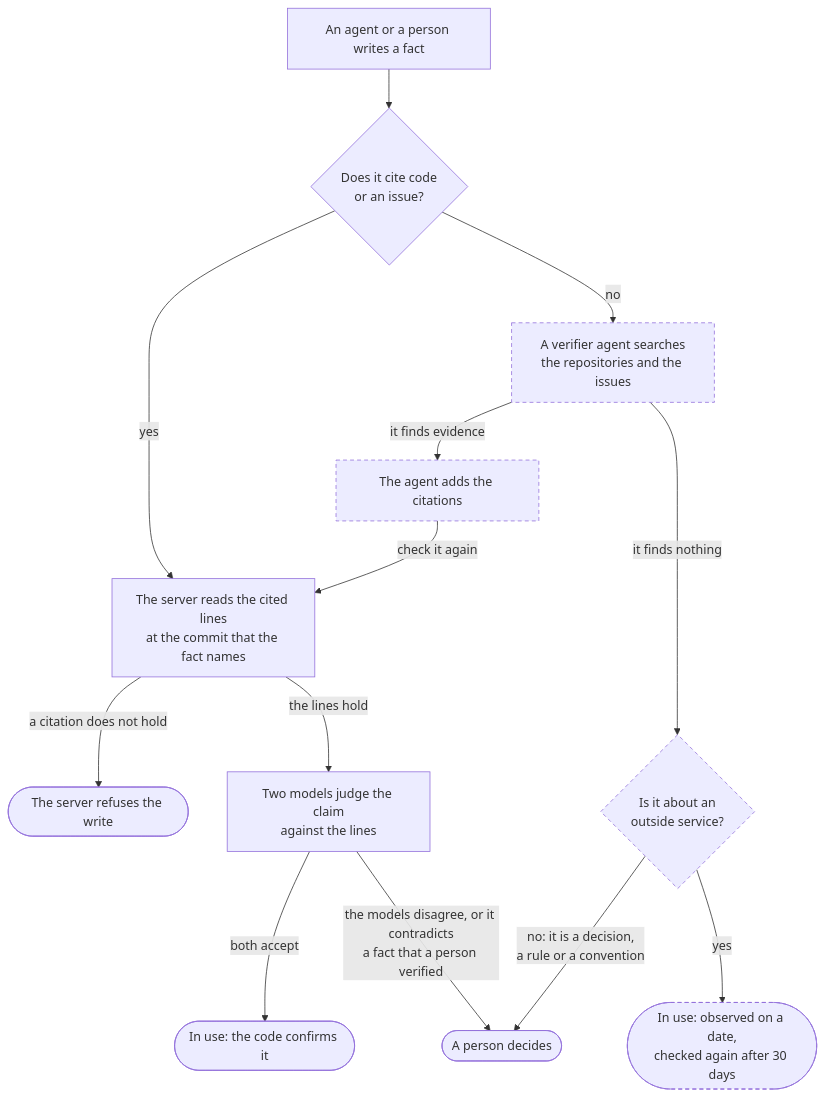
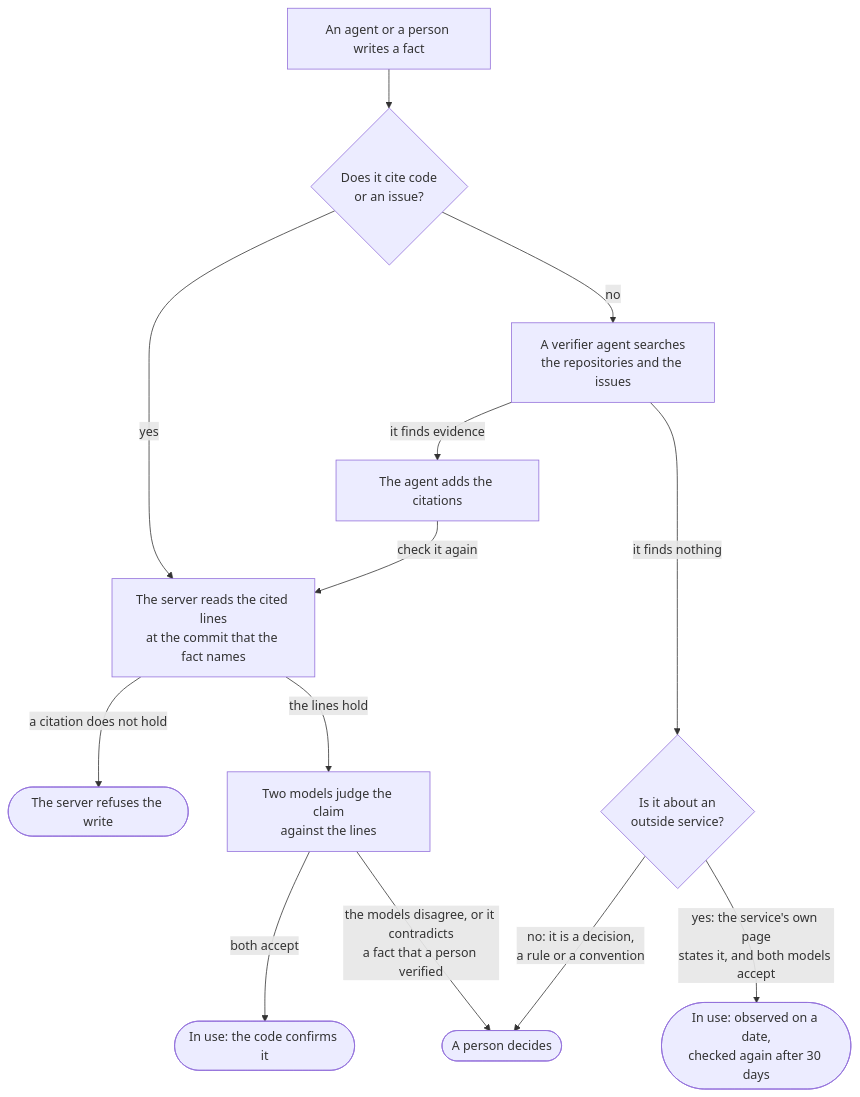
The first of 2 diagrams in apps/docs/docs/fundamentals/knowledge.mdx (cmunte132/vantik), drawn with Mermaid before and after one commit. The commit also changed other lines of this file, not shown here.

First line of the commit message:
Draw the verifier and observed facts as shipped in the knowledge docs

````diff
--- a/apps/docs/docs/fundamentals/knowledge.mdx
+++ b/apps/docs/docs/fundamentals/knowledge.mdx
@@ -164,18 +175,15 @@
 ```mermaid
 flowchart TD
   written["An agent or a person writes a fact"] --> cites{"Does it cite code<br/>or an issue?"}
   cites -- yes --> read["The server reads the cited lines<br/>at the commit that the fact names"]
   read -- "a citation does not hold" --> refused(["The server refuses the write"])
   read -- the lines hold --> judges["Two models judge the claim<br/>against the lines"]
   judges -- both accept --> confirmed(["In use: the code confirms it"])
   judges -- "the models disagree, or it contradicts<br/>a fact that a person verified" --> person(["A person decides"])
   cites -- no --> verifier["A verifier agent searches<br/>the repositories and the issues"]
   verifier -- it finds evidence --> cited["The agent adds the citations"]
   cited -- check it again --> read
   verifier -- it finds nothing --> outside{"Is it about an<br/>outside service?"}
-  outside -- yes --> observed(["In use: observed on a date,<br/>checked again after 30 days"])
+  outside -- "yes: the service's own page<br/>states it, and both models accept" --> observed(["In use: observed on a date,<br/>checked again after 30 days"])
   outside -- "no: it is a decision,<br/>a rule or a convention" --> person
-
-  classDef planned stroke-dasharray: 5 4
-  class verifier,cited,outside,observed planned
 ```
````
